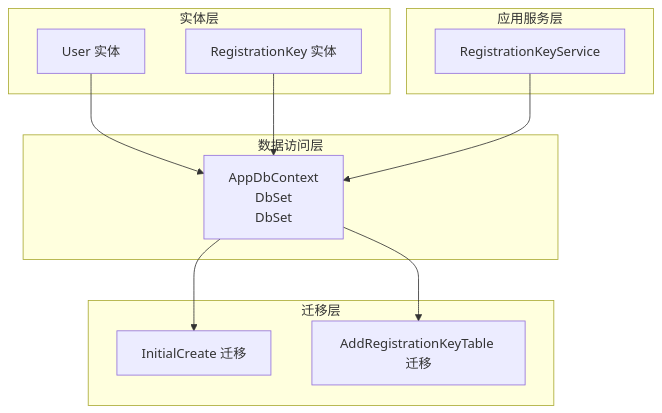
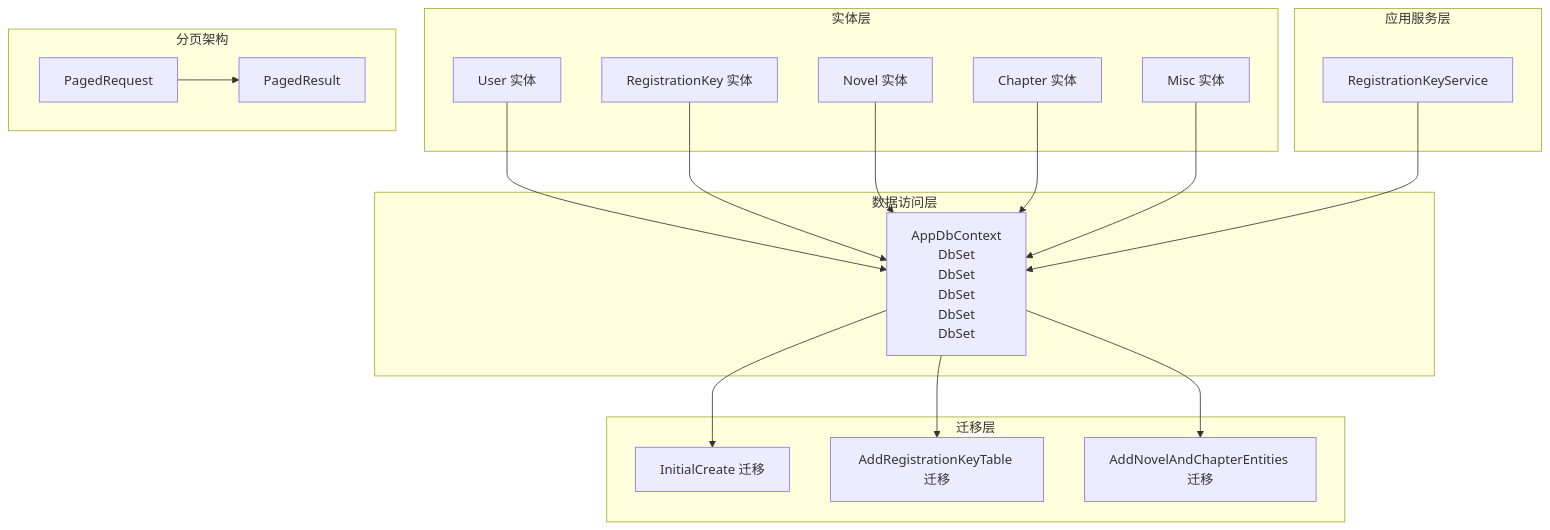
One commit to cppsh1t/talearc-backend changed the first of 4 diagrams in .qoder/repowiki/zh/content/数据模型与数据库设计/数据模型与数据库设计.md. Above: the diagram before and after it, drawn with Mermaid. The commit also changed other lines of this file and 7 other files, not shown here.

````diff
--- a/.qoder/repowiki/zh/content/数据模型与数据库设计/数据模型与数据库设计.md
+++ b/.qoder/repowiki/zh/content/数据模型与数据库设计/数据模型与数据库设计.md
@@ -37,22 +57,35 @@
 ```mermaid
 graph TB
 subgraph "实体层"
 U["User 实体"]
 RK["RegistrationKey 实体"]
+N["Novel 实体"]
+C["Chapter 实体"]
+M["Misc 实体"]
 end
 subgraph "数据访问层"
-Ctx["AppDbContext<br/>DbSet<User><br/>DbSet<RegistrationKey>"]
+Ctx["AppDbContext<br/>DbSet<User><br/>DbSet<RegistrationKey><br/>DbSet<Novel><br/>DbSet<Chapter><br/>DbSet<Misc>"]
 end
 subgraph "应用服务层"
 Svc["RegistrationKeyService"]
 end
 subgraph "迁移层"
 Mig1["InitialCreate 迁移"]
 Mig2["AddRegistrationKeyTable 迁移"]
+Mig3["AddNovelAndChapterEntities 迁移"]
+end
+subgraph "分页架构"
+PR["PagedRequest"]
+PS["PagedResult"]
 end
 U --> Ctx
 RK --> Ctx
+N --> Ctx
+C --> Ctx
+M --> Ctx
 Svc --> Ctx
 Ctx --> Mig1
 Ctx --> Mig2
+Ctx --> Mig3
+PR --> PS
 ```
````
